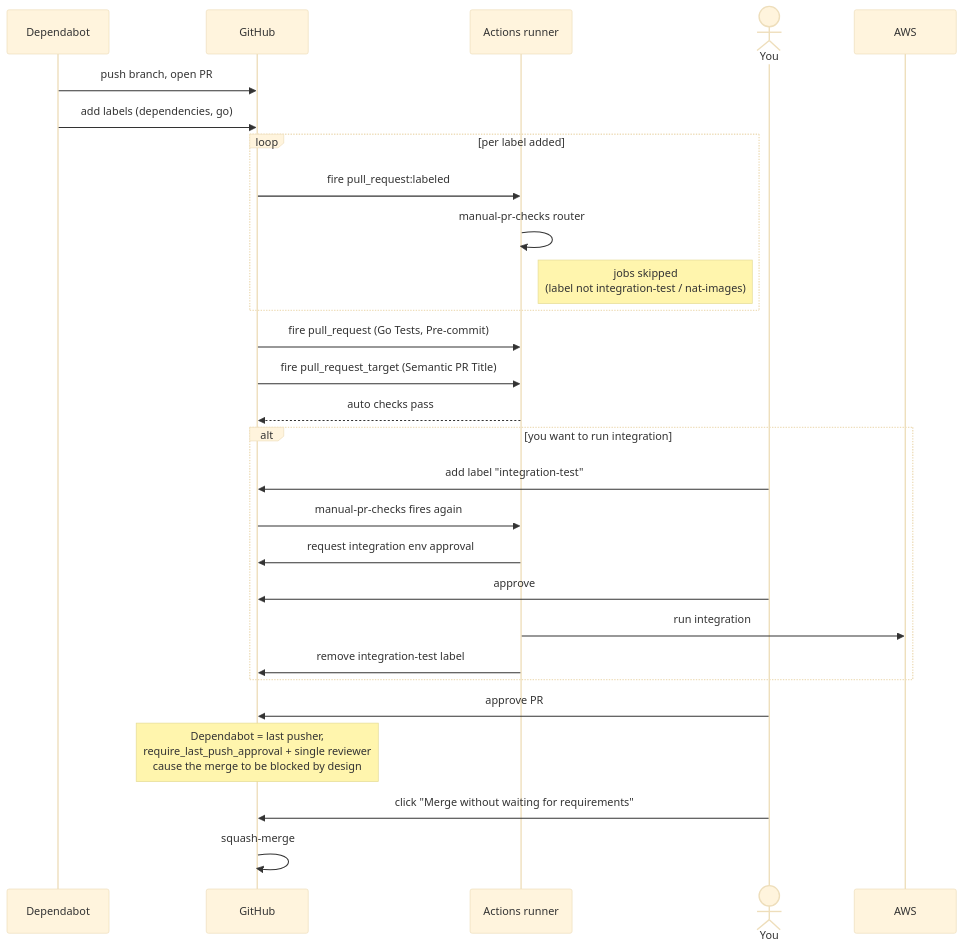
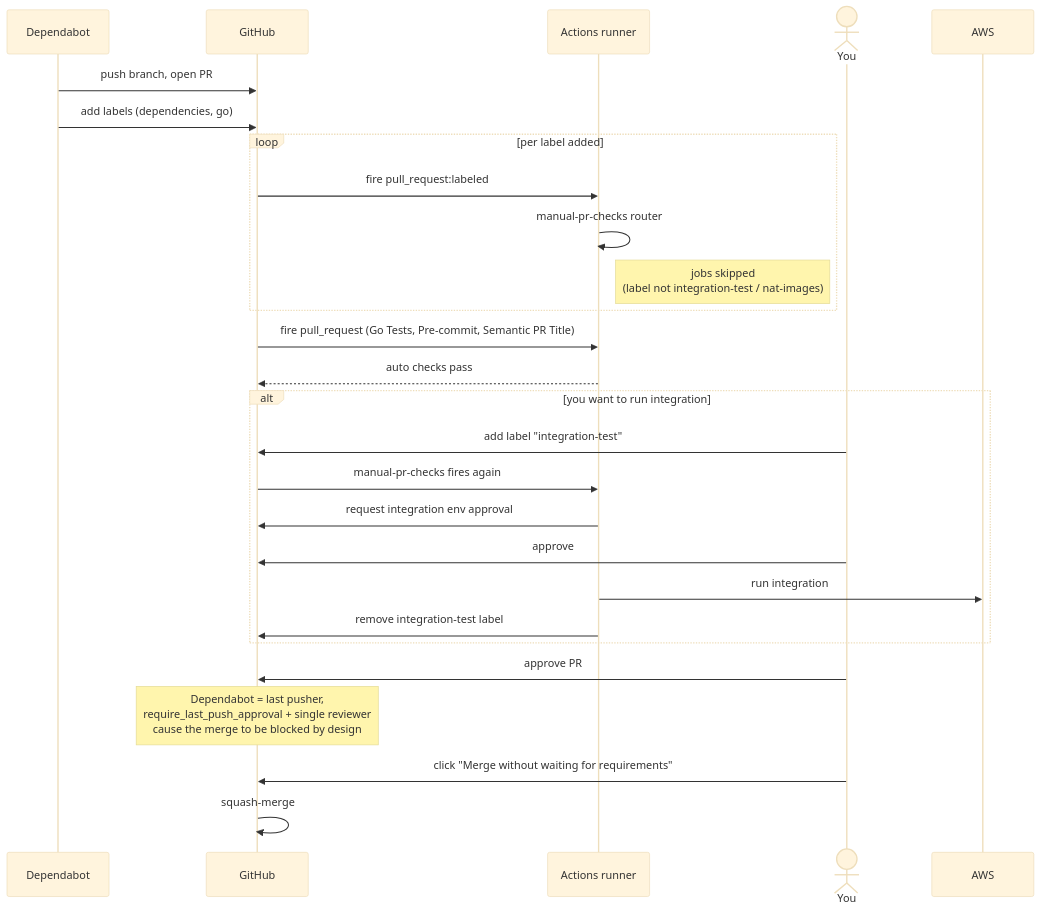
One commit to MachineDotDev/nat-zero changed the fourth of 12 diagrams in docs/workflows.md. Above: the diagram before and after it, drawn with Mermaid (base theme). The commit also changed other lines of this file, not shown here.

Commit message:
docs: document bot-authored PR gates and semantic-pr-title trigger (#37)

````diff
--- a/docs/workflows.md
+++ b/docs/workflows.md
@@ -125,30 +125,29 @@
 ```mermaid
 sequenceDiagram
     participant DB as Dependabot
     participant GH as GitHub
     participant Actions as Actions runner
     actor You
 
     DB->>GH: push branch, open PR
     DB->>GH: add labels (dependencies, go)
     loop per label added
         GH->>Actions: fire pull_request:labeled
         Actions->>Actions: manual-pr-checks router
         Note right of Actions: jobs skipped<br/>(label not integration-test / nat-images)
     end
-    GH->>Actions: fire pull_request (Go Tests, Pre-commit)
-    GH->>Actions: fire pull_request_target (Semantic PR Title)
+    GH->>Actions: fire pull_request (Go Tests, Pre-commit, Semantic PR Title)
     Actions-->>GH: auto checks pass
     alt you want to run integration
         You->>GH: add label "integration-test"
         GH->>Actions: manual-pr-checks fires again
         Actions->>GH: request integration env approval
         You->>GH: approve
         Actions->>AWS: run integration
         Actions->>GH: remove integration-test label
     end
     You->>GH: approve PR
     Note over GH: Dependabot = last pusher,<br/>require_last_push_approval + single reviewer<br/>cause the merge to be blocked by design
     You->>GH: click "Merge without waiting for requirements"
     GH->>GH: squash-merge
 ```
````
